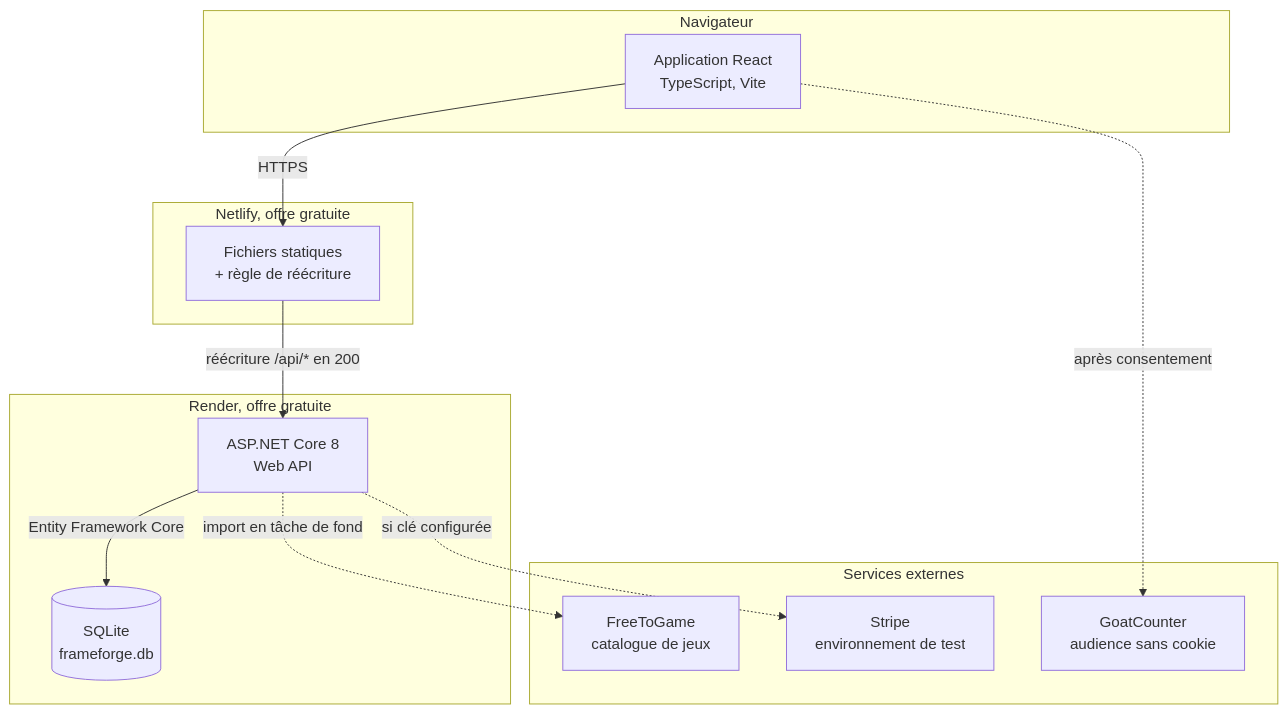
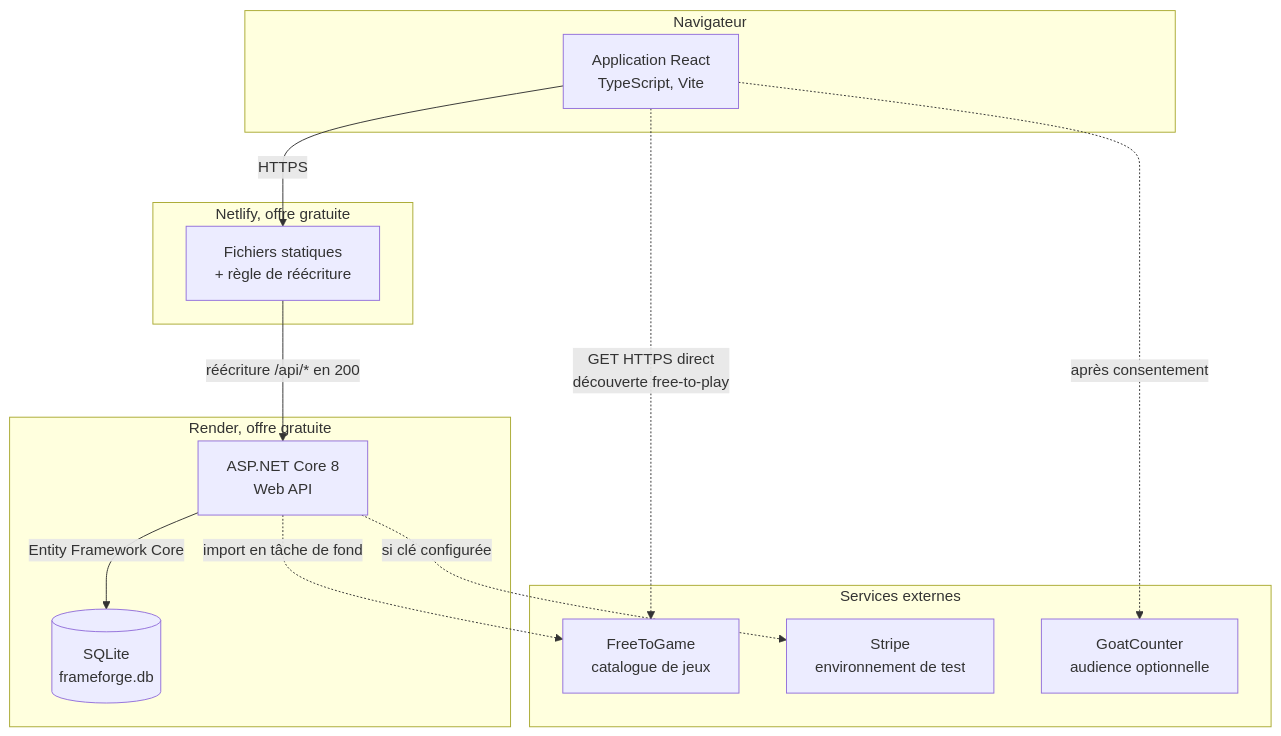
The first of 6 diagrams in docs/03-conception.md (Midou-bit/projet-fil-rouge), drawn with Mermaid before and after one commit. The commit also changed other lines of this file and 134 other files, not shown here.

````diff
--- a/docs/03-conception.md
+++ b/docs/03-conception.md
@@ -13,28 +13,29 @@
 ```mermaid
 graph TB
     subgraph nav["Navigateur"]
         SPA["Application React<br/>TypeScript, Vite"]
     end
 
     subgraph net["Netlify, offre gratuite"]
         CDN["Fichiers statiques<br/>+ règle de réécriture"]
     end
 
     subgraph ren["Render, offre gratuite"]
         API["ASP.NET Core 8<br/>Web API"]
         DB[("SQLite<br/>frameforge.db")]
     end
 
     subgraph ext["Services externes"]
         FTG["FreeToGame<br/>catalogue de jeux"]
         STR["Stripe<br/>environnement de test"]
-        GC["GoatCounter<br/>audience sans cookie"]
+        GC["GoatCounter<br/>audience optionnelle"]
     end
 
     SPA -->|"HTTPS"| CDN
     CDN -->|"réécriture /api/* en 200"| API
     API -->|"Entity Framework Core"| DB
     API -.->|"import en tâche de fond"| FTG
+    SPA -.->|"GET HTTPS direct<br/>découverte free-to-play"| FTG
     API -.->|"si clé configurée"| STR
     SPA -.->|"après consentement"| GC
 ```
````
